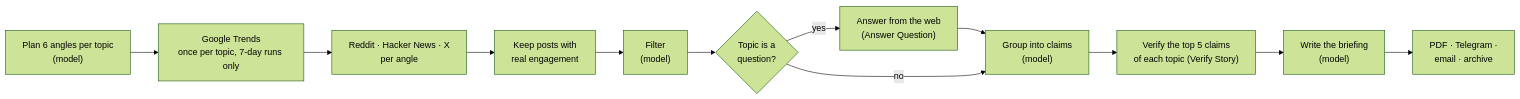
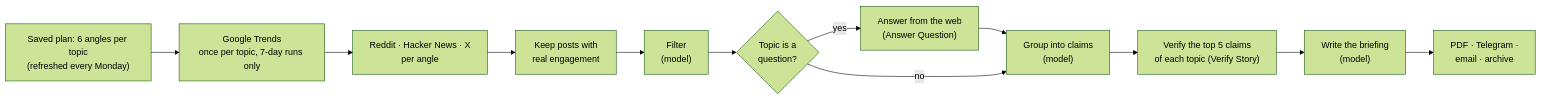
One commit to thalderg/n8n changed the second of 9 diagrams in workflows/claim-checks/README.md. Above: the diagram before and after it, drawn with Mermaid (forest theme). The commit also changed other lines of this file and 8 other files, not shown here.

Commit message:
Claim Checks: saved topic plans, bot topic commands, impact ranking, window-only news

````diff
--- a/workflows/claim-checks/README.md
+++ b/workflows/claim-checks/README.md
@@ -92,14 +96,14 @@
 ```mermaid
 flowchart LR
-    A["Plan 6 angles per topic<br/>(model)"] --> B["Google Trends<br/>once per topic, 7-day runs only"]
+    A["Saved plan: 6 angles per topic<br/>(refreshed every Monday)"] --> B["Google Trends<br/>once per topic, 7-day runs only"]
     B --> C["Reddit · Hacker News · X<br/>per angle"]
     C --> D["Keep posts with<br/>real engagement"]
     D --> E["Filter<br/>(model)"]
     E --> Q{"Topic is a<br/>question?"}
     Q -- yes --> QA["Answer from the web<br/>(Answer Question)"]
     QA --> F
     Q -- no --> F["Group into claims<br/>(model)"]
     F --> G["Verify the top 5 claims<br/>of each topic (Verify Story)"]
     G --> H["Write the briefing<br/>(model)"]
     H --> I["PDF · Telegram ·<br/>email · archive"]
 ```
````
